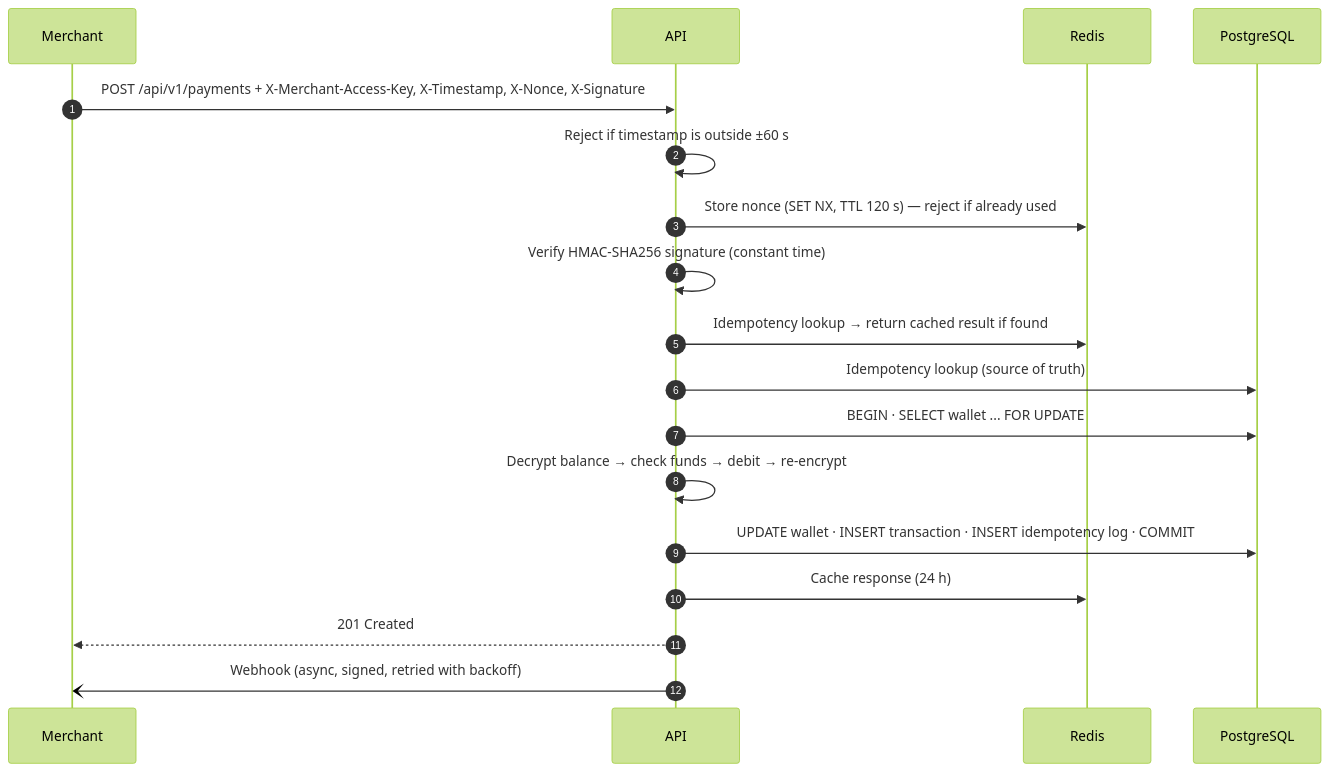
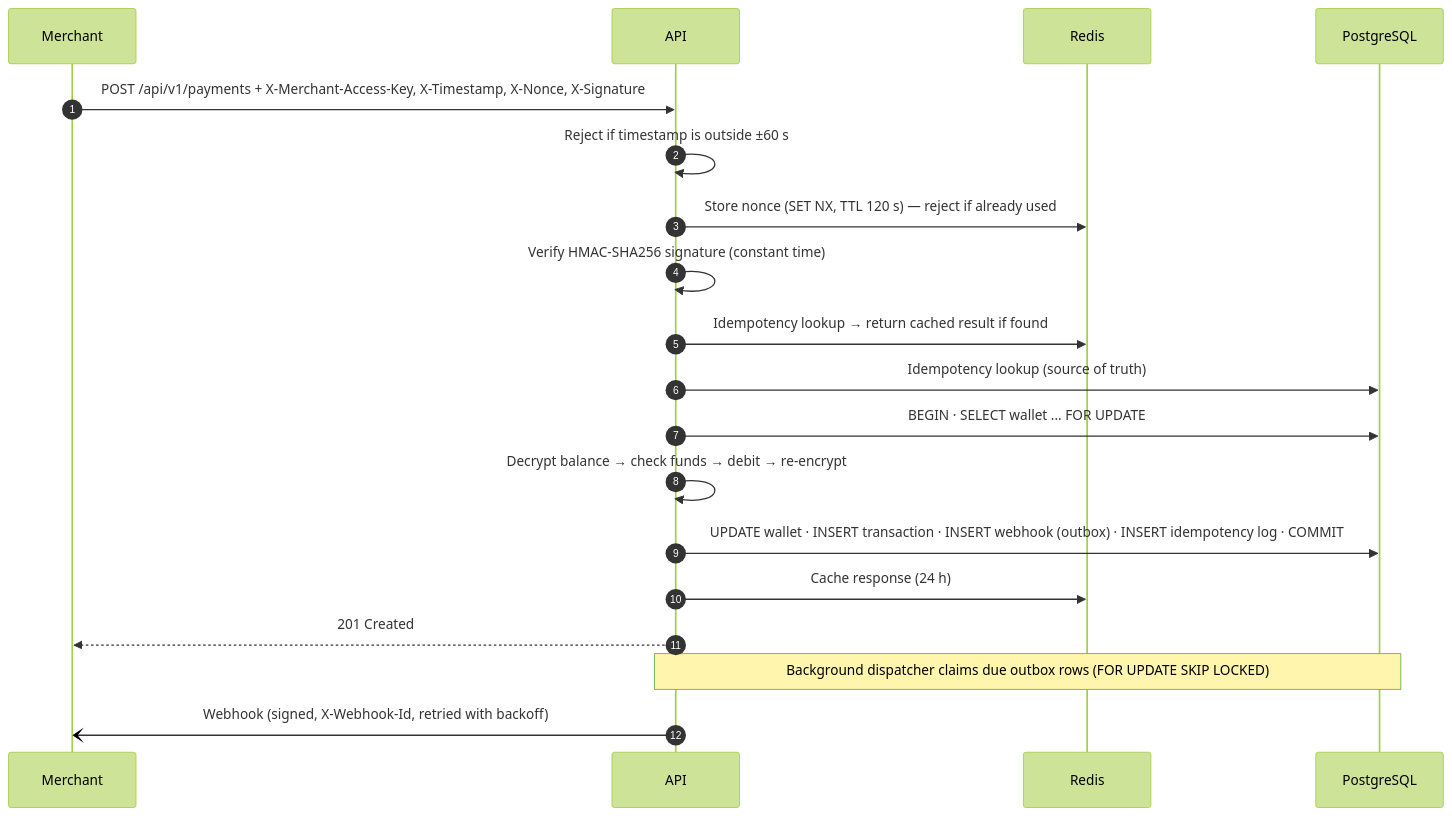
The second of 2 diagrams in README.md (VidIsWandering/secure-payment-gateway), drawn with Mermaid (forest theme) before and after one commit. The commit also changed other lines of this file and 19 other files, not shown here.

First line of the commit message:
feat(webhook): deliver webhooks through a transactional outbox

````diff
--- a/README.md
+++ b/README.md
@@ -88,21 +88,22 @@
 ```mermaid
 sequenceDiagram
     autonumber
     participant M as Merchant
     participant A as API
     participant R as Redis
     participant P as PostgreSQL
 
     M->>A: POST /api/v1/payments + X-Merchant-Access-Key, X-Timestamp, X-Nonce, X-Signature
     A->>A: Reject if timestamp is outside ±60 s
     A->>R: Store nonce (SET NX, TTL 120 s) — reject if already used
     A->>A: Verify HMAC-SHA256 signature (constant time)
     A->>R: Idempotency lookup → return cached result if found
     A->>P: Idempotency lookup (source of truth)
     A->>P: BEGIN · SELECT wallet ... FOR UPDATE
     A->>A: Decrypt balance → check funds → debit → re-encrypt
-    A->>P: UPDATE wallet · INSERT transaction · INSERT idempotency log · COMMIT
+    A->>P: UPDATE wallet · INSERT transaction · INSERT webhook (outbox) · INSERT idempotency log · COMMIT
     A->>R: Cache response (24 h)
     A-->>M: 201 Created
-    A-)M: Webhook (async, signed, retried with backoff)
+    Note over A,P: Background dispatcher claims due outbox rows (FOR UPDATE SKIP LOCKED)
+    A-)M: Webhook (signed, X-Webhook-Id, retried with backoff)
 ```
````
